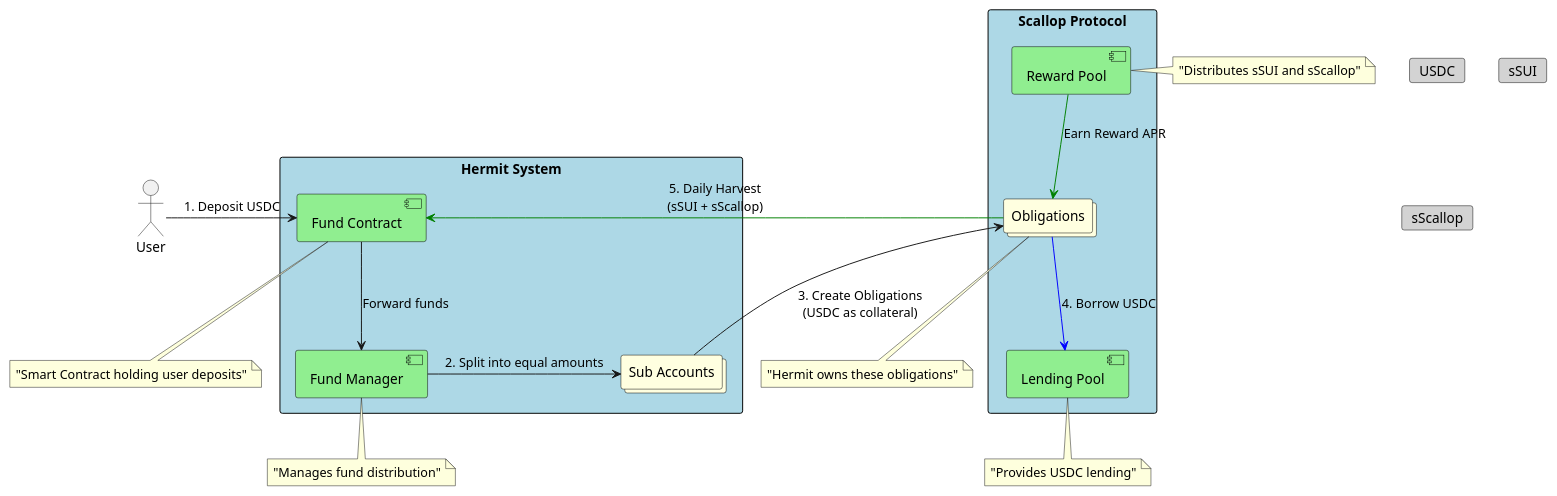
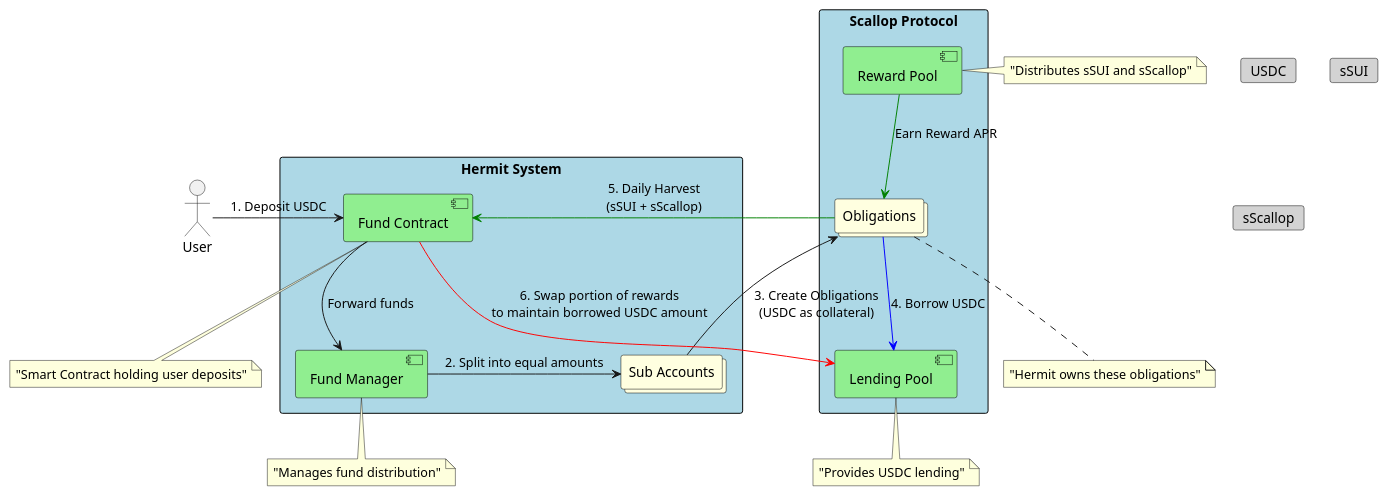
The diagram in architecture_overview.wsd (nierdna/hermit-diagrams), drawn with PlantUML before and after one commit. The commit also changed 2 other files, not shown here.

Commit message:
Update architecture diagram with reward swap flow

```diff
--- a/architecture_overview.wsd
+++ b/architecture_overview.wsd
@@ -1,66 +1,67 @@
 @startuml Hermit System Architecture
 
 ' Define actors and components
 actor "User" as user
 rectangle "Hermit System" {
     component "Fund Contract" as fund
     component "Fund Manager" as fundManager
     collections "Sub Accounts" as subAccounts
 }
 
 rectangle "Scallop Protocol" {
     collections "Obligations" as obligations
     component "Lending Pool" as lendingPool
     component "Reward Pool" as rewardPool
 }
 
 ' Define tokens and rewards
 card "USDC" as usdc
 card "sSUI" as ssui
 card "sScallop" as sscallop
 
 ' Define relationships and flows
 user -right-> fund : "1. Deposit USDC"
 fund -down-> fundManager : "Forward funds"
 fundManager -right-> subAccounts : "2. Split into equal amounts"
 subAccounts -right-> obligations : "3. Create Obligations\n(USDC as collateral)"
 
 obligations -[#blue]down-> lendingPool : "4. Borrow USDC"
 rewardPool -[#green]-> obligations : "Earn Reward APR"
 
 obligations -[#green]right-> fund : "5. Daily Harvest\n(sSUI + sScallop)"
+fund -[#red]down-> lendingPool : "6. Swap portion of rewards\nto maintain borrowed USDC amount"
 
 ' Add notes
 note bottom of fund : "Smart Contract holding user deposits"
 note bottom of fundManager : "Manages fund distribution"
 note bottom of obligations : "Hermit owns these obligations"
 note bottom of lendingPool : "Provides USDC lending"
 note right of rewardPool : "Distributes sSUI and sScallop"
 
 ' Style
 skinparam rectangle {
     BackgroundColor LightBlue
     BorderColor Black
 }
 
 skinparam component {
     BackgroundColor LightGreen
     BorderColor Black
 }
 
 skinparam collections {
     BackgroundColor LightYellow
     BorderColor Black
 }
 
 skinparam card {
     BackgroundColor LightGray
     BorderColor Black
 }
 
 ' Arrow colors
 skinparam arrow {
     Color Black
 }
 
 @enduml
```
